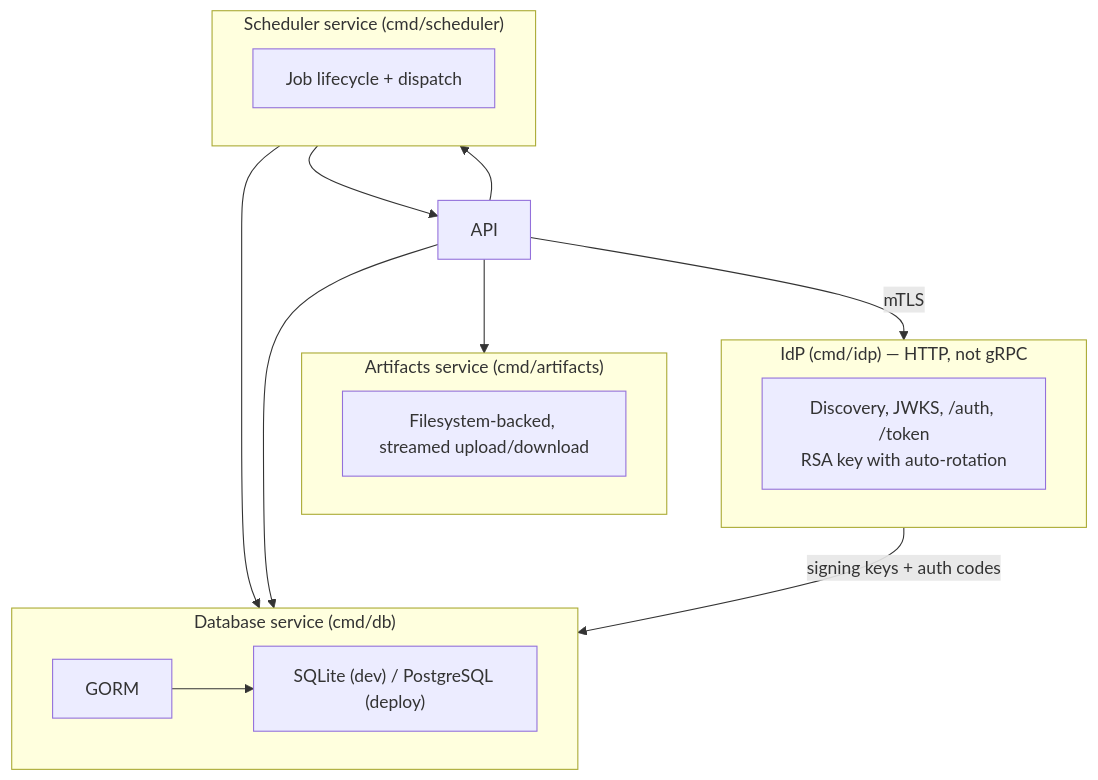
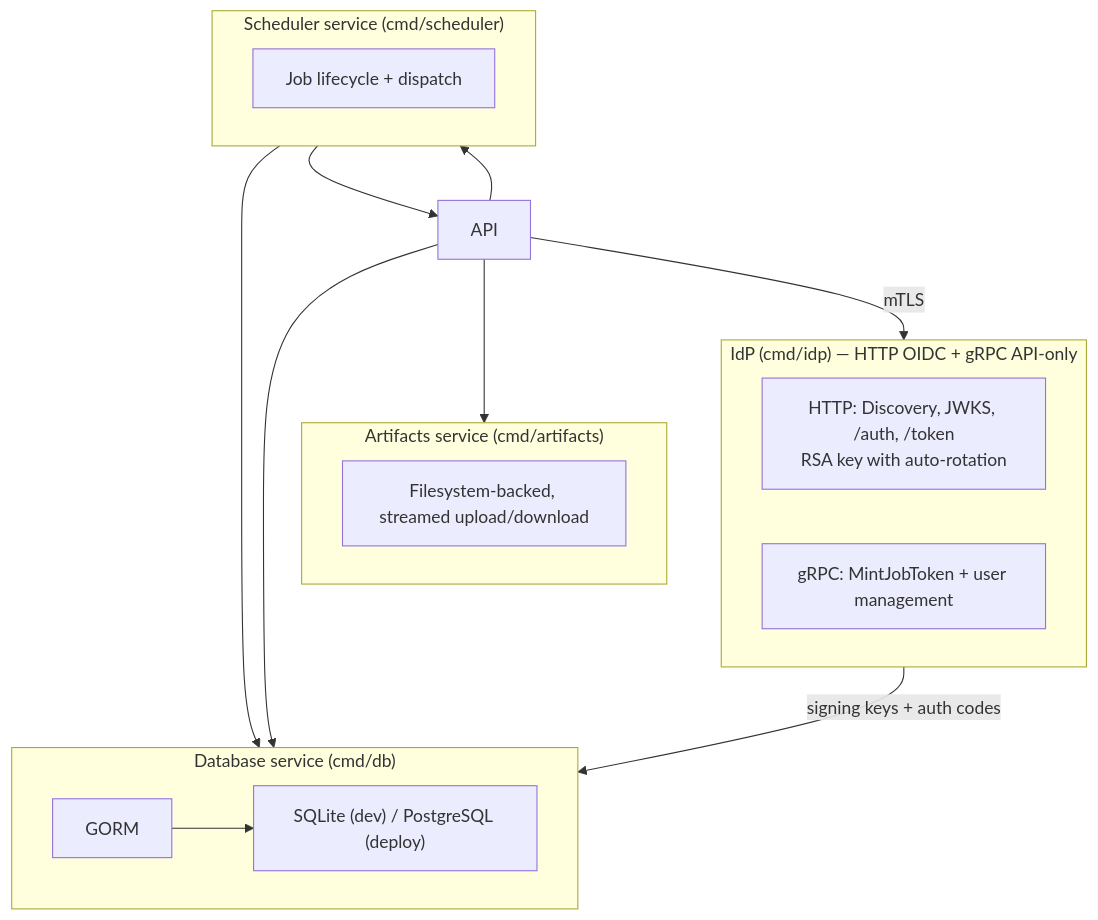
Before and after one commit to EdwardCooke/cdrom: the third of 10 diagrams in docs/Architecture.md, drawn with Mermaid. The commit also changed other lines of this file and 22 other files, not shown here.

````diff
--- a/docs/Architecture.md
+++ b/docs/Architecture.md
@@ -154,27 +155,28 @@
 ```mermaid
 flowchart TB
     subgraph DB["Database service (cmd/db)"]
         GORM["GORM"]
         GORM --> BE["SQLite (dev) / PostgreSQL (deploy)"]
     end
 
     subgraph SCHED["Scheduler service (cmd/scheduler)"]
         LIFE["Job lifecycle + dispatch"]
     end
 
     subgraph ART["Artifacts service (cmd/artifacts)"]
         FS["Filesystem-backed, streamed upload/download"]
     end
 
-    subgraph IDP["IdP (cmd/idp) — HTTP, not gRPC"]
-        OIDC["Discovery, JWKS, /auth, /token<br/>RSA key with auto-rotation"]
+    subgraph IDP["IdP (cmd/idp) — HTTP OIDC + gRPC API-only"]
+        OIDC["HTTP: Discovery, JWKS, /auth, /token<br/>RSA key with auto-rotation"]
+        IDPG["gRPC: MintJobToken + user management"]
     end
 
     API["API"] --> DB
     API --> SCHED
     API --> ART
     API -->|mTLS| IDP
     SCHED --> DB
     SCHED --> API
     IDP -->|signing keys + auth codes| DB
 ```
````
